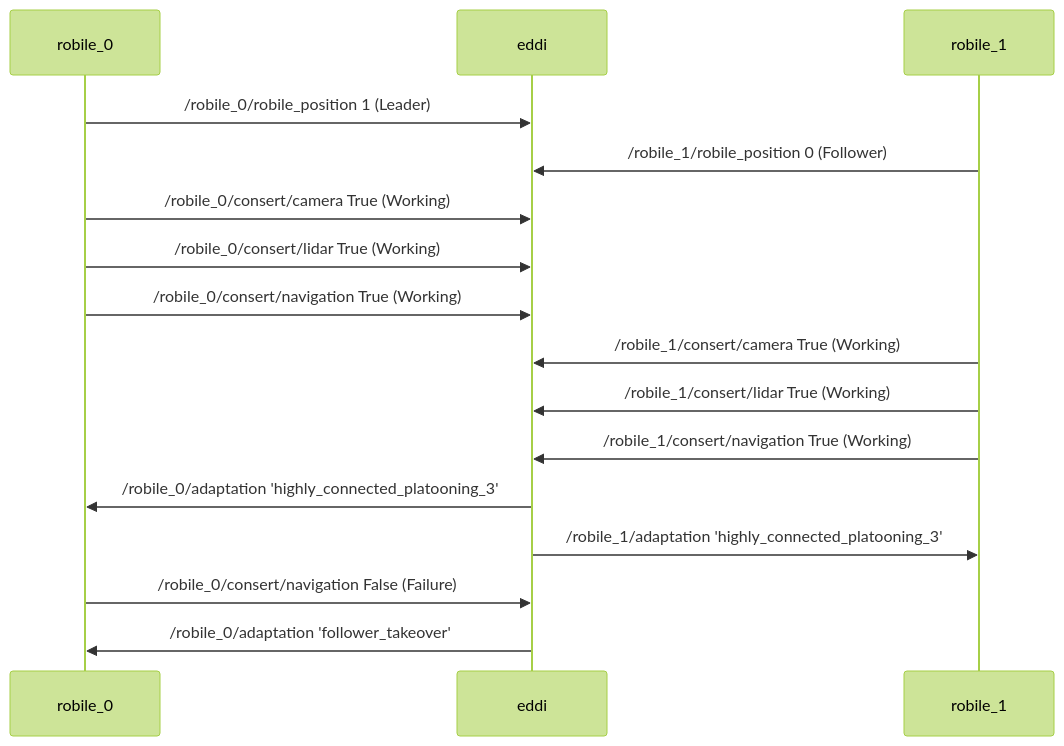
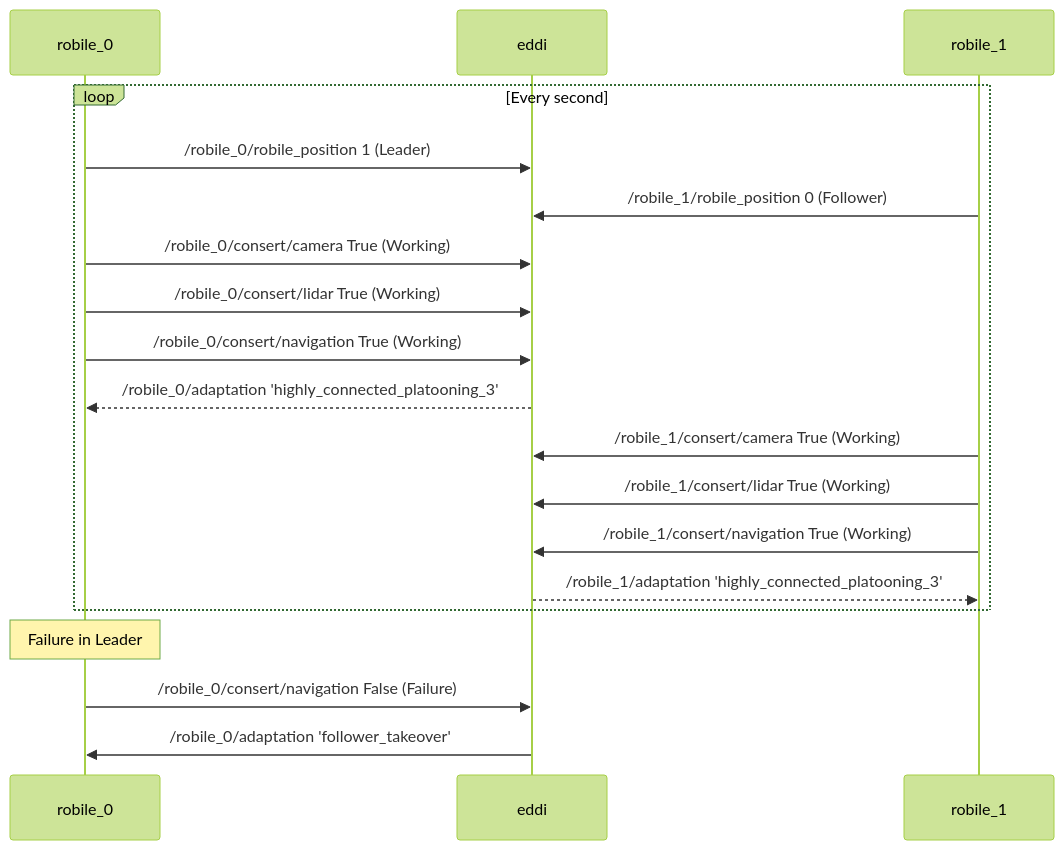
Before and after one commit to deebuls/multi_robile_navigation_experiments: the diagram in README.md, drawn with Mermaid (forest theme).

Commit message:
Update README.md
sequnece diagram

````diff
--- a/README.md
+++ b/README.md
@@ -5,23 +5,25 @@
 ```mermaid
 sequenceDiagram
     participant robile_0
     participant eddi
     participant robile_1
-    robile_0->>eddi: /robile_0/robile_position 1 (Leader)
-    robile_1->>eddi: /robile_1/robile_position 0 (Follower)
+    loop Every second
+        robile_0->>eddi: /robile_0/robile_position 1 (Leader)
+        robile_1->>eddi: /robile_1/robile_position 0 (Follower)
 
-    robile_0->>eddi: /robile_0/consert/camera True (Working)
-    robile_0->>eddi: /robile_0/consert/lidar True (Working)
-    robile_0->>eddi: /robile_0/consert/navigation True (Working)
-
-    robile_1->>eddi: /robile_1/consert/camera True (Working)
-    robile_1->>eddi: /robile_1/consert/lidar True (Working)
-    robile_1->>eddi: /robile_1/consert/navigation True (Working)
-    
-
-    eddi->>robile_0: /robile_0/adaptation 'highly_connected_platooning_3'
-    eddi->>robile_1: /robile_1/adaptation 'highly_connected_platooning_3'
-
+        
+            robile_0->>eddi: /robile_0/consert/camera True (Working)
+            robile_0->>eddi: /robile_0/consert/lidar True (Working)
+            robile_0->>eddi: /robile_0/consert/navigation True (Working)
+            eddi-->>robile_0: /robile_0/adaptation 'highly_connected_platooning_3'
+         
+            robile_1->>eddi: /robile_1/consert/camera True (Working)
+            robile_1->>eddi: /robile_1/consert/lidar True (Working)
+            robile_1->>eddi: /robile_1/consert/navigation True (Working)
+            eddi-->>robile_1: /robile_1/adaptation 'highly_connected_platooning_3'
+        
+    end
+    Note over robile_0: Failure in Leader
     robile_0->>eddi: /robile_0/consert/navigation False (Failure)
     eddi->>robile_0: /robile_0/adaptation 'follower_takeover'
 ```
````
